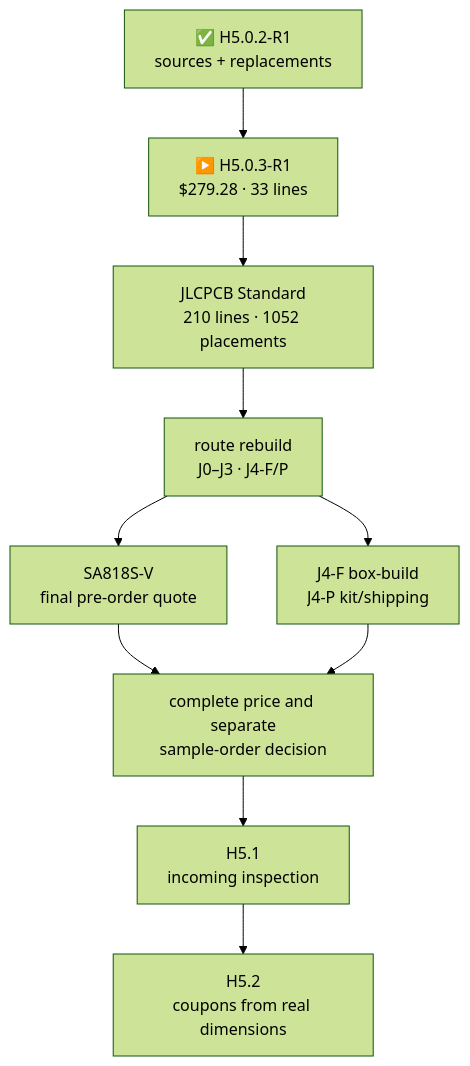
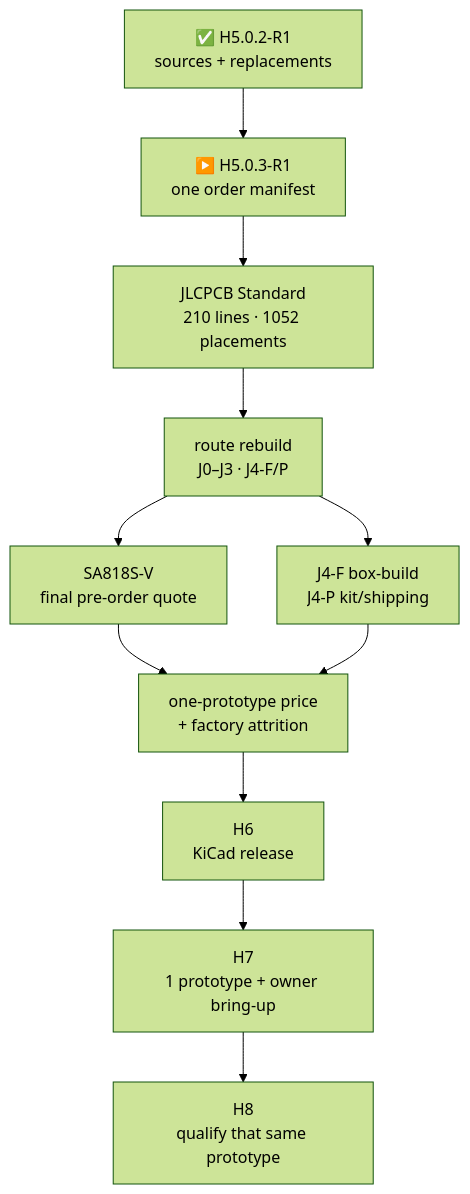
The diagram in docs/component-sample-basket.md (anton-vinogradov/esp32-leshy2), drawn with Mermaid (forest theme) before and after one commit. The commit also changed other lines of this file and 147 other files, not shown here.

Commit message:
make first prototype release fail closed

````diff
--- a/docs/component-sample-basket.md
+++ b/docs/component-sample-basket.md
@@ -7,12 +7,13 @@
 ```mermaid
 flowchart TD
-  R["✅ H5.0.2-R1<br/>sources + replacements"] --> B["▶️ H5.0.3-R1<br/>$279.28 · 33 lines"]
+  R["✅ H5.0.2-R1<br/>sources + replacements"] --> B["▶️ H5.0.3-R1<br/>one order manifest"]
   B --> P["JLCPCB Standard<br/>210 lines · 1052 placements"]
   P --> Q["route rebuild<br/>J0–J3 · J4-F/P"]
   Q --> S["SA818S-V<br/>final pre-order quote"]
   Q --> X["J4-F box-build<br/>J4-P kit/shipping"]
-  S --> A["complete price and separate<br/>sample-order decision"]
+  S --> A["one-prototype price<br/>+ factory attrition"]
   X --> A
-  A --> H51["H5.1<br/>incoming inspection"]
-  H51 --> H52["H5.2<br/>coupons from real dimensions"]
+  A --> H6["H6<br/>KiCad release"]
+  H6 --> H7["H7<br/>1 prototype + owner bring-up"]
+  H7 --> H8["H8<br/>qualify that same prototype"]
 ```
````
